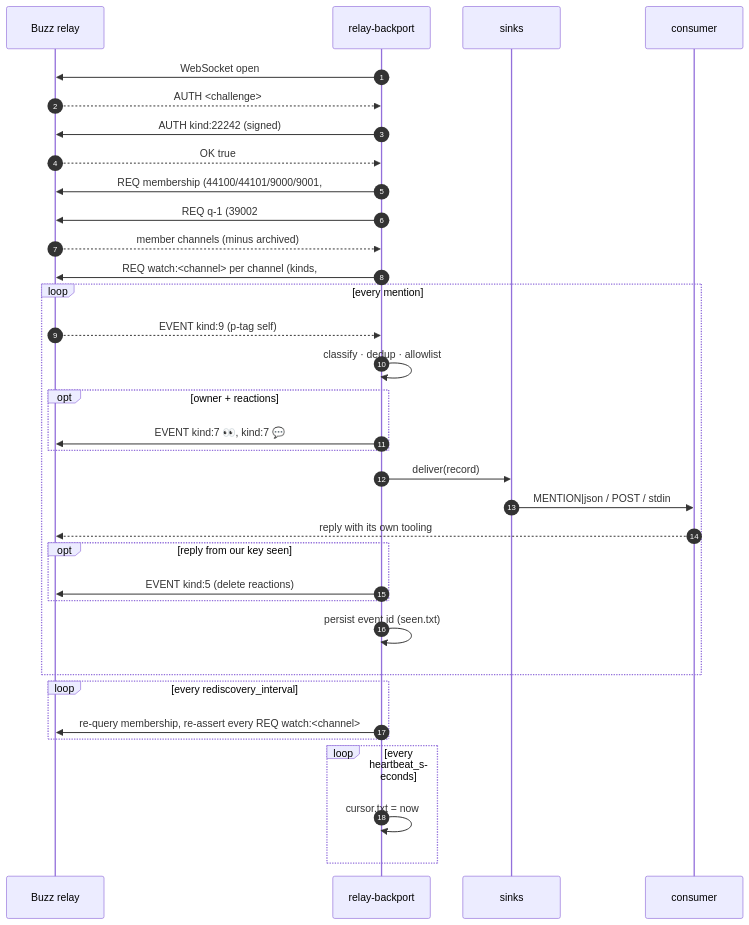
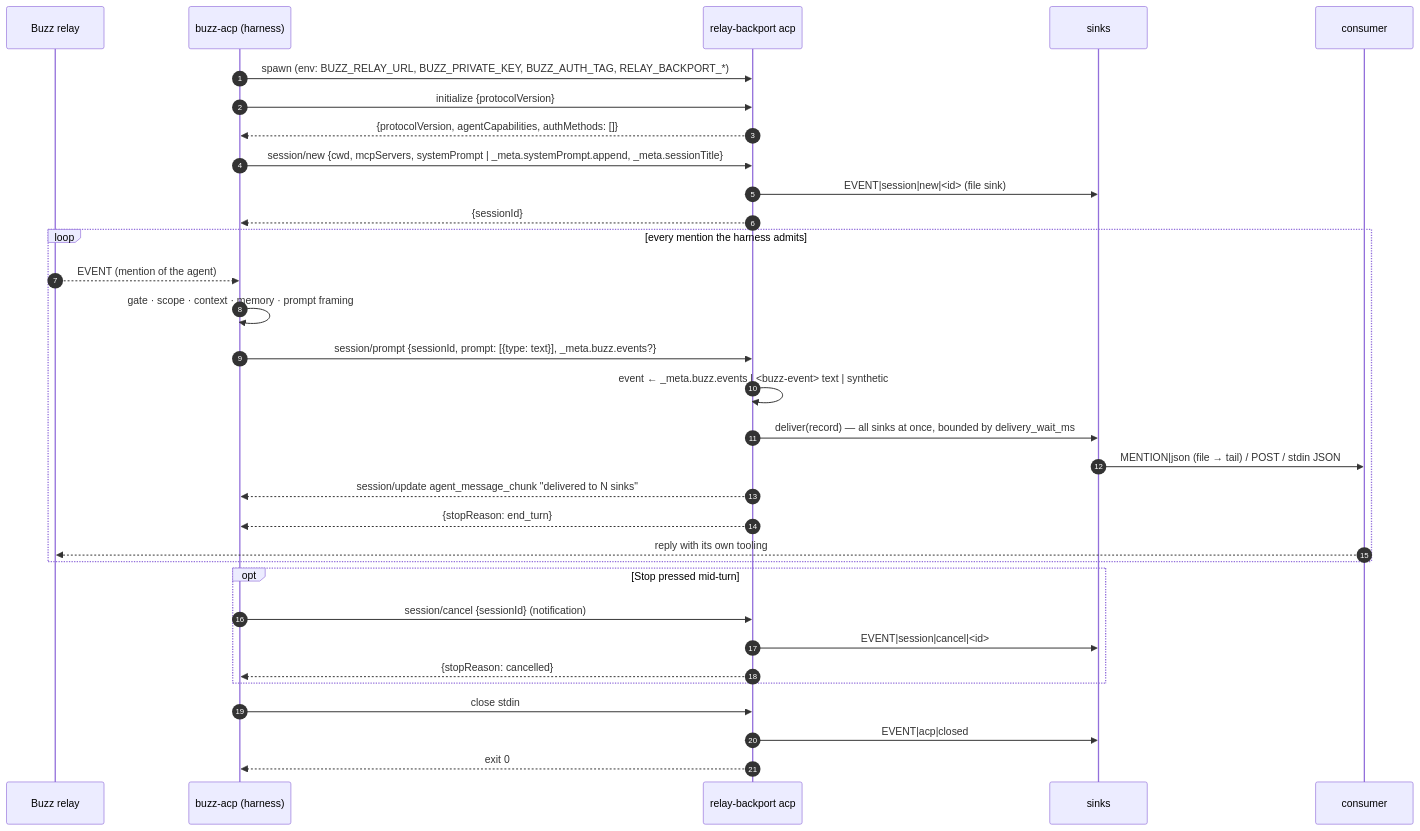
The diagram in docs/architecture.md (0xnfrith/relay-backport), drawn with Mermaid before and after one commit. The commit also changed other lines of this file and 2 other files, not shown here.

Commit message:
docs: v0.2 — README rewrite (harness setup, headless buzz-acp, what changed and why), architecture, changelog
Claude-Session: https://claude.ai/code/session_01R43oEvv1fXnANSynS2FrPv

````diff
--- a/docs/architecture.md
+++ b/docs/architecture.md
@@ -7,37 +9,35 @@
 ```mermaid
 sequenceDiagram
   autonumber
   participant R as Buzz relay
-  participant D as relay-backport
+  participant H as buzz-acp (harness)
+  participant A as relay-backport acp
   participant S as sinks
   participant C as consumer
 
-  D->>R: WebSocket open
-  R-->>D: AUTH <challenge>
-  D->>R: AUTH kind:22242 (signed)
-  R-->>D: OK true
-  D->>R: REQ membership (44100/44101/9000/9001, #p=self, since)
-  D->>R: REQ q-1 (39002 #p=self) → REQ q-2 (39000 #d=…)
-  R-->>D: member channels (minus archived)
-  D->>R: REQ watch:<channel> per channel (kinds, #h=[one channel], #p=self, since=cursor)
-  loop every mention
-    R-->>D: EVENT kind:9 (p-tag self)
-    D->>D: classify · dedup · allowlist
-    opt owner + reactions
-      D->>R: EVENT kind:7 👀, kind:7 💬
-    end
-    D->>S: deliver(record)
-    S->>C: MENTION|json / POST / stdin
+  H->>A: spawn (env: BUZZ_RELAY_URL, BUZZ_PRIVATE_KEY, BUZZ_AUTH_TAG, RELAY_BACKPORT_*)
+  H->>A: initialize {protocolVersion}
+  A-->>H: {protocolVersion, agentCapabilities, authMethods: []}
+  H->>A: session/new {cwd, mcpServers, systemPrompt | _meta.systemPrompt.append, _meta.sessionTitle}
+  A->>S: EVENT|session|new|<id>  (file sink)
+  A-->>H: {sessionId}
+  loop every mention the harness admits
+    R-->>H: EVENT (mention of the agent)
+    H->>H: gate · scope · context · memory · prompt framing
+    H->>A: session/prompt {sessionId, prompt: [{type: text}], _meta.buzz.events?}
+    A->>A: event ← _meta.buzz.events | <buzz-event> text | synthetic
+    A->>S: deliver(record)  — all sinks at once, bounded by delivery_wait_ms
+    S->>C: MENTION|json (file → tail) / POST / stdin JSON
+    A-->>H: session/update agent_message_chunk "delivered to N sinks"
+    A-->>H: {stopReason: end_turn}
     C-->>R: reply with its own tooling
-    opt reply from our key seen
-      D->>R: EVENT kind:5 (delete reactions)
-    end
-    D->>D: persist event id (seen.txt)
   end
-  loop every rediscovery_interval
-    D->>R: re-query membership, re-assert every REQ watch:<channel>
+  opt Stop pressed mid-turn
+    H->>A: session/cancel {sessionId} (notification)
+    A->>S: EVENT|session|cancel|<id>
+    A-->>H: {stopReason: cancelled}
   end
-  loop every heartbeat_seconds
-    D->>D: cursor.txt = now
-  end
+  H->>A: close stdin
+  A->>S: EVENT|acp|closed
+  A-->>H: exit 0
 ```
````
